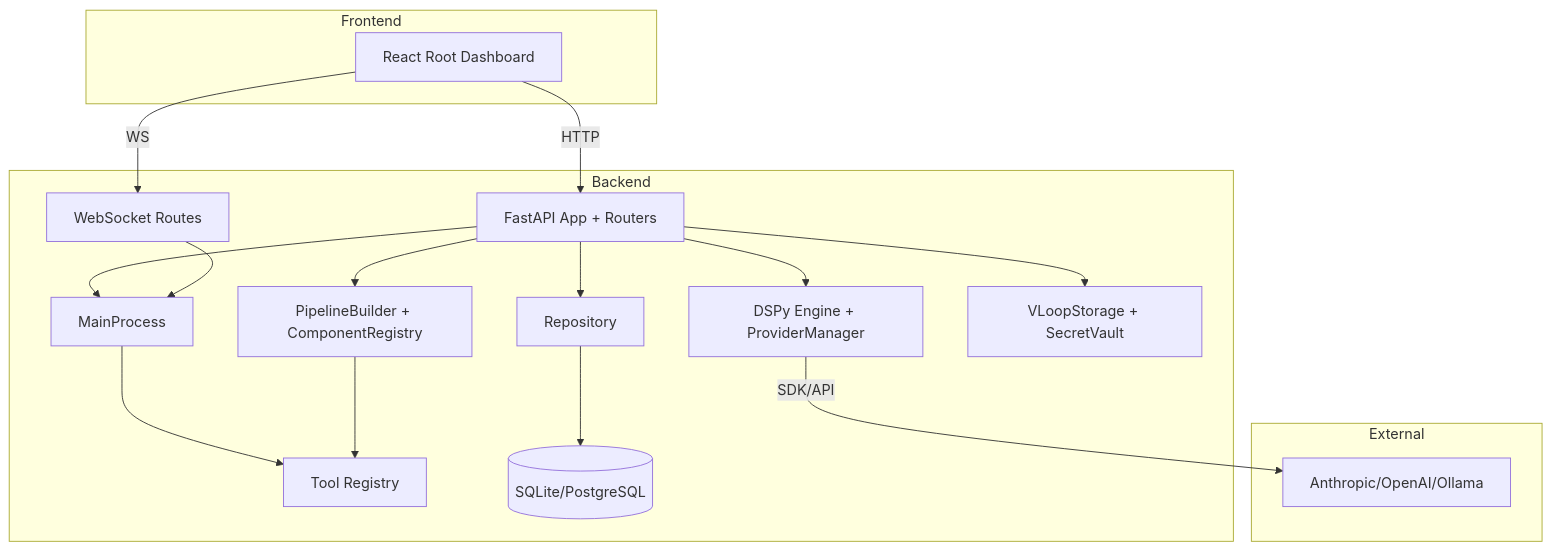
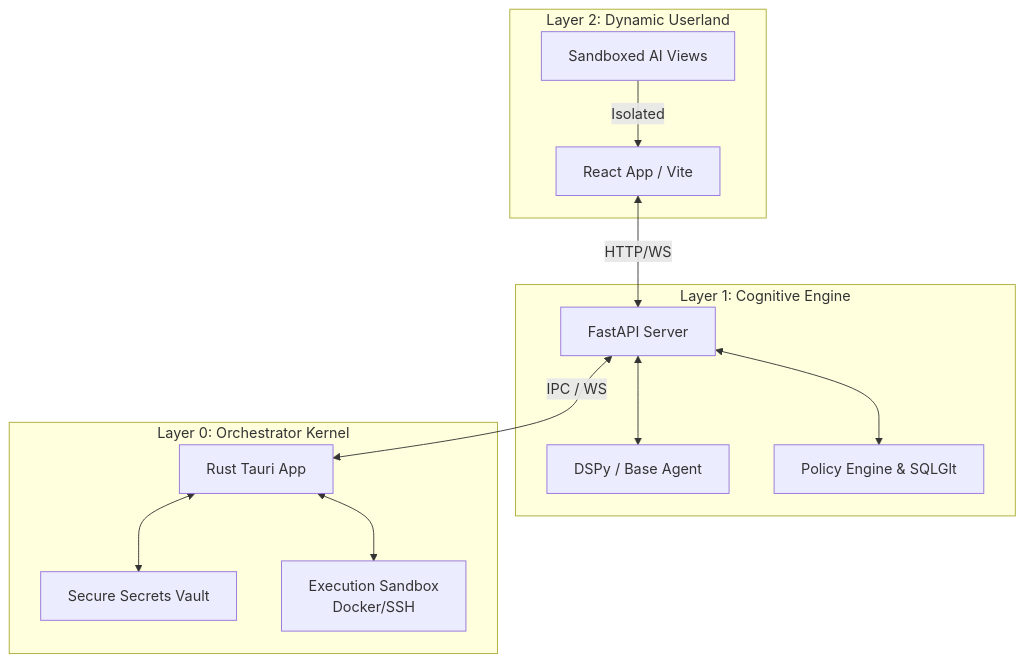
The diagram in docs/ARCHITECTURE.md (Psyborgs-git/Vloop-harness), drawn with Mermaid before and after one commit. The commit also changed other lines of this file and 49 other files, not shown here.

First line of the commit message:
chore(docs): Update documentation for 3-layer architecture and cleanup legacy code

````diff
--- a/docs/ARCHITECTURE.md
+++ b/docs/ARCHITECTURE.md
@@ -14,35 +41,29 @@
 ```mermaid
 flowchart TD
-  subgraph Frontend
-    RUI[React Root Dashboard]
+  subgraph Layer2 [Layer 2: Dynamic Userland]
+    UI[React App / Vite]
+    IFRAME[Sandboxed AI Views]
   end
 
-  subgraph Backend
-    API[FastAPI App + Routers]
-    WS[WebSocket Routes]
-    MP[MainProcess]
-    TR[Tool Registry]
-    ENG[DSPy Engine + ProviderManager]
-    PB[PipelineBuilder + ComponentRegistry]
-    REPO[Repository]
-    DB[(SQLite/PostgreSQL)]
-    VS[VLoopStorage + SecretVault]
+  subgraph Layer1 [Layer 1: Cognitive Engine]
+    FASTAPI[FastAPI Server]
+    DSPY[DSPy / Base Agent]
+    POLICY[Policy Engine & SQLGlt]
   end
 
-  subgraph External
-    LLM[Anthropic/OpenAI/Ollama]
+  subgraph Layer0 [Layer 0: Orchestrator Kernel]
+    TAURI[Rust Tauri App]
+    VAULT[Secure Secrets Vault]
+    SANDBOX[Execution Sandbox\nDocker/SSH]
   end
 
-  RUI -->|HTTP| API
-  RUI -->|WS| WS
-  API --> MP
-  API --> ENG
-  API --> PB
-  API --> REPO
-  WS --> MP
-  MP --> TR
-  REPO --> DB
-  API --> VS
-  ENG -->|SDK/API| LLM
-  PB --> TR
+  UI <-->|HTTP/WS| FASTAPI
+  IFRAME -->|Isolated| UI
+
+  FASTAPI <-->|IPC / WS| TAURI
+  FASTAPI <--> DSPY
+  FASTAPI <--> POLICY
+
+  TAURI <--> VAULT
+  TAURI <--> SANDBOX
 ```
````
